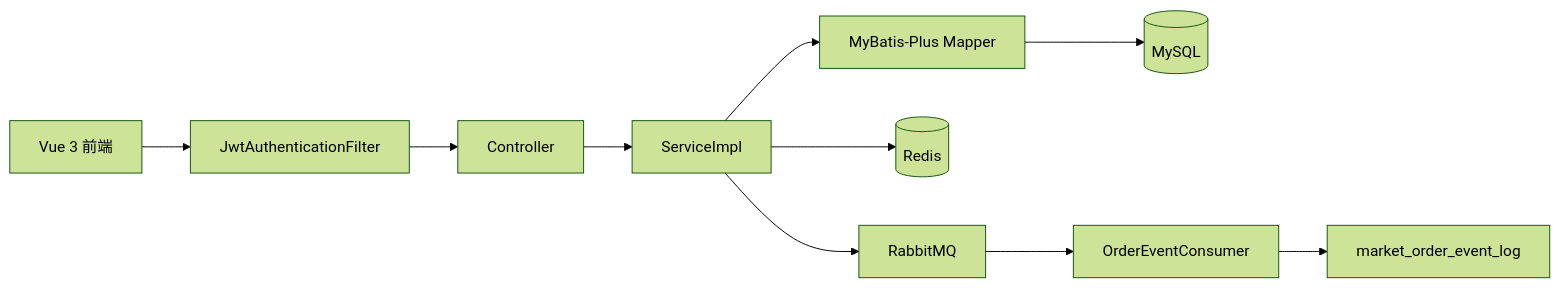
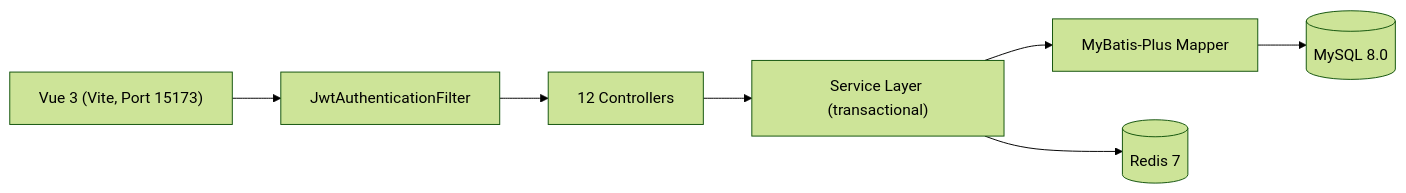
The diagram in docs/architecture.md (SodaWWater/campus-market), drawn with Mermaid (forest theme) before and after one commit. The commit also changed other lines of this file and 8 other files, not shown here.

````diff
--- a/docs/architecture.md
+++ b/docs/architecture.md
@@ -3,12 +3,9 @@
 ```mermaid
 flowchart LR
-  Front["Vue 3 前端"] --> Filter["JwtAuthenticationFilter"]
-  Filter --> Controller["Controller"]
-  Controller --> Service["ServiceImpl"]
+  Front["Vue 3 (Vite, Port 15173)"] --> Filter["JwtAuthenticationFilter"]
+  Filter --> Controller["12 Controllers"]
+  Controller --> Service["Service Layer (transactional)"]
   Service --> Mapper["MyBatis-Plus Mapper"]
-  Mapper --> DB[(MySQL)]
-  Service --> Redis[(Redis)]
-  Service --> MQ["RabbitMQ"]
-  MQ --> Consumer["OrderEventConsumer"]
-  Consumer --> Log["market_order_event_log"]
+  Mapper --> DB[(MySQL 8.0)]
+  Service --> Redis[(Redis 7)]
 ```
````
